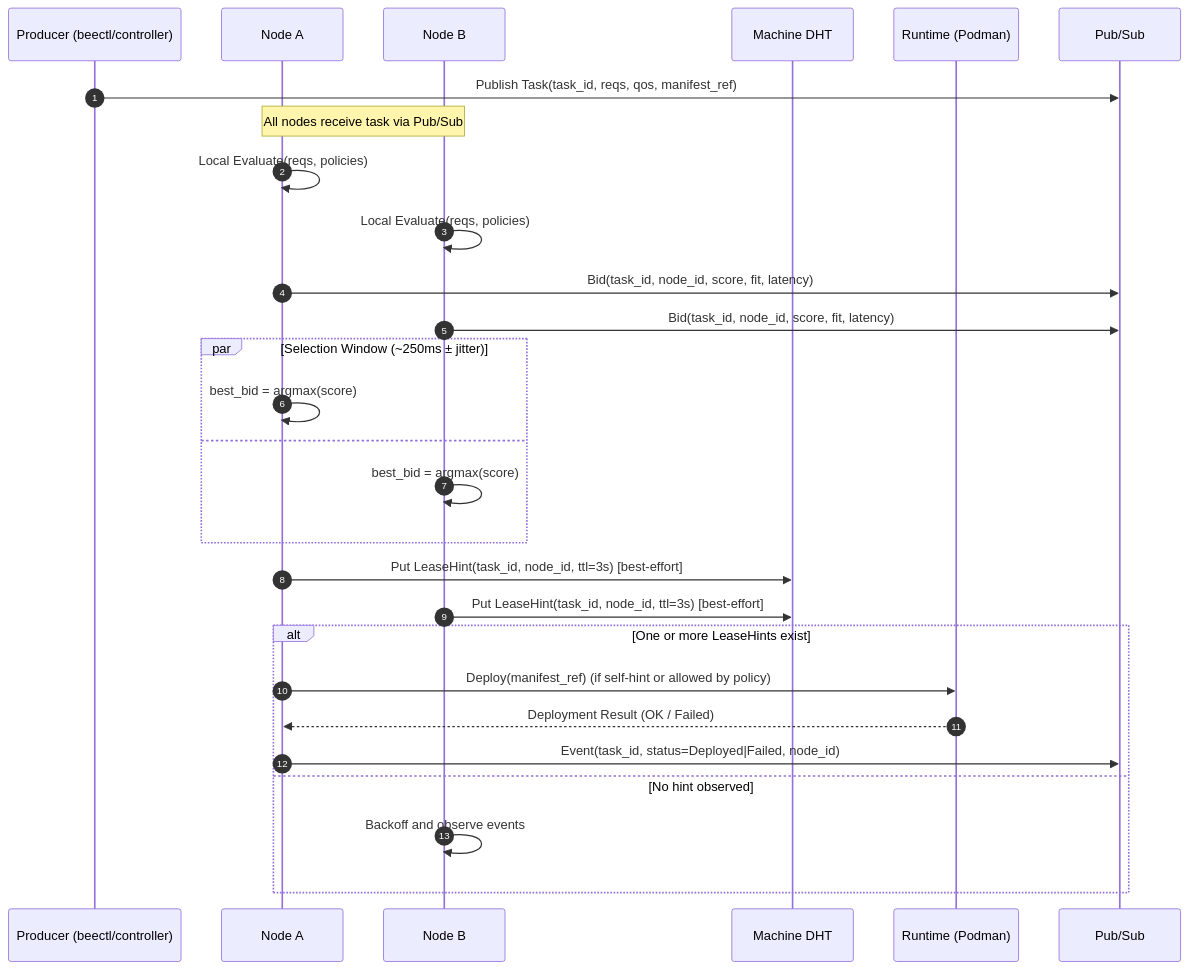
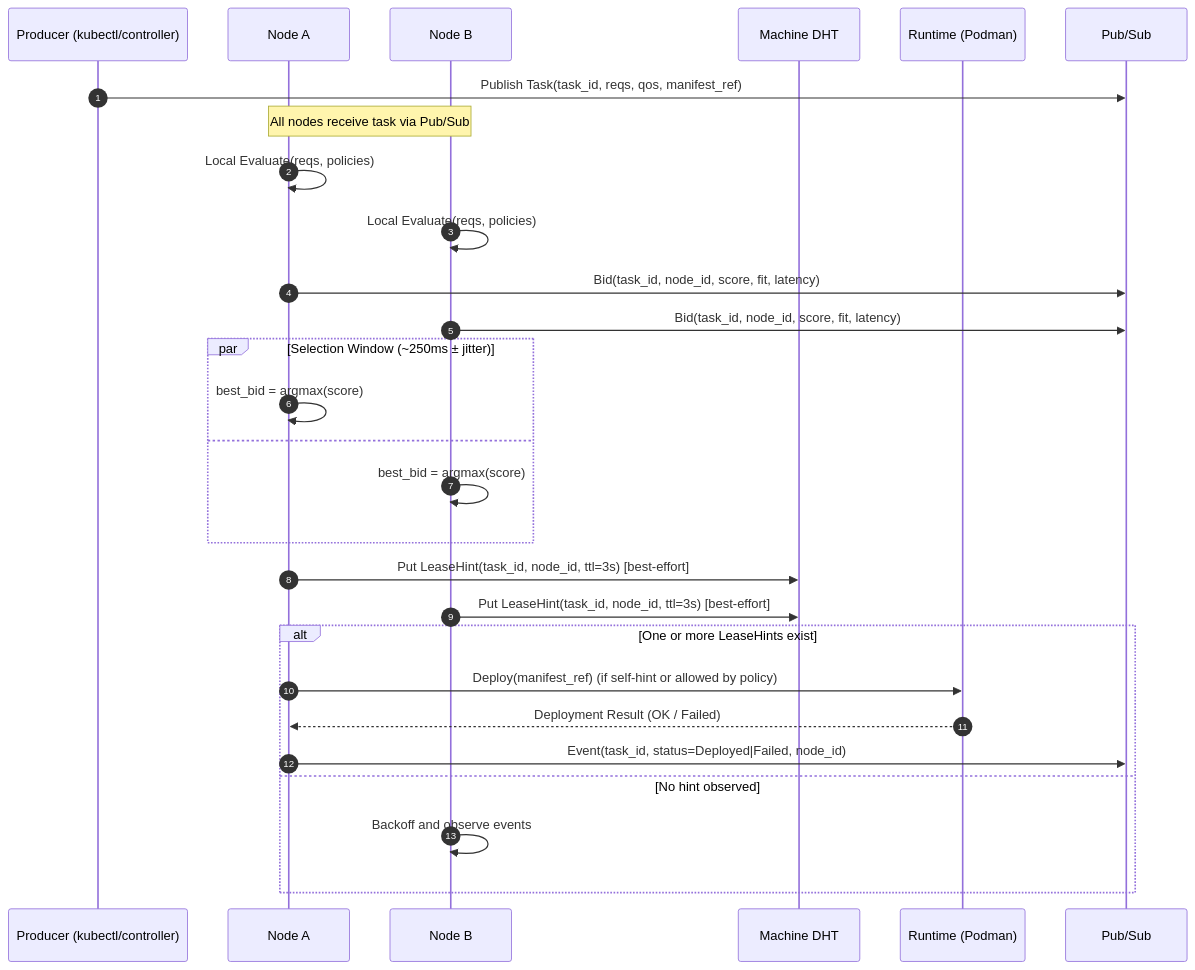
Before and after one commit to beemesh/beemesh: the first of 3 diagrams in machineplane/README.md, drawn with Mermaid. The commit also changed other lines of this file and 15 other files, not shown here.

````diff
--- a/machineplane/README.md
+++ b/machineplane/README.md
@@ -55,36 +55,36 @@
 ```mermaid
 sequenceDiagram
   autonumber
-  participant P as Producer (beectl/controller)
+  participant P as Producer (kubectl/controller)
   participant N1 as Node A
   participant N2 as Node B
   participant MDHT as Machine DHT
   participant R as Runtime (Podman)
   participant PubSub as Pub/Sub
 
   P->>PubSub: Publish Task(task_id, reqs, qos, manifest_ref)
   Note over N1,N2: All nodes receive task via Pub/Sub
 
   N1->>N1: Local Evaluate(reqs, policies)
   N2->>N2: Local Evaluate(reqs, policies)
 
   N1->>PubSub: Bid(task_id, node_id, score, fit, latency)
   N2->>PubSub: Bid(task_id, node_id, score, fit, latency)
 
   par Selection Window (~250ms ± jitter)
     N1->>N1: best_bid = argmax(score)
   and
     N2->>N2: best_bid = argmax(score)
   end
 
   N1->>MDHT: Put LeaseHint(task_id, node_id, ttl=3s) [best-effort]
   N2->>MDHT: Put LeaseHint(task_id, node_id, ttl=3s) [best-effort]
 
   alt One or more LeaseHints exist
     N1->>R: Deploy(manifest_ref) (if self-hint or allowed by policy)
     R-->>N1: Deployment Result (OK / Failed)
     N1->>PubSub: Event(task_id, status=Deployed|Failed, node_id)
   else No hint observed
     N2->>N2: Backoff and observe events
   end
 ```
````
